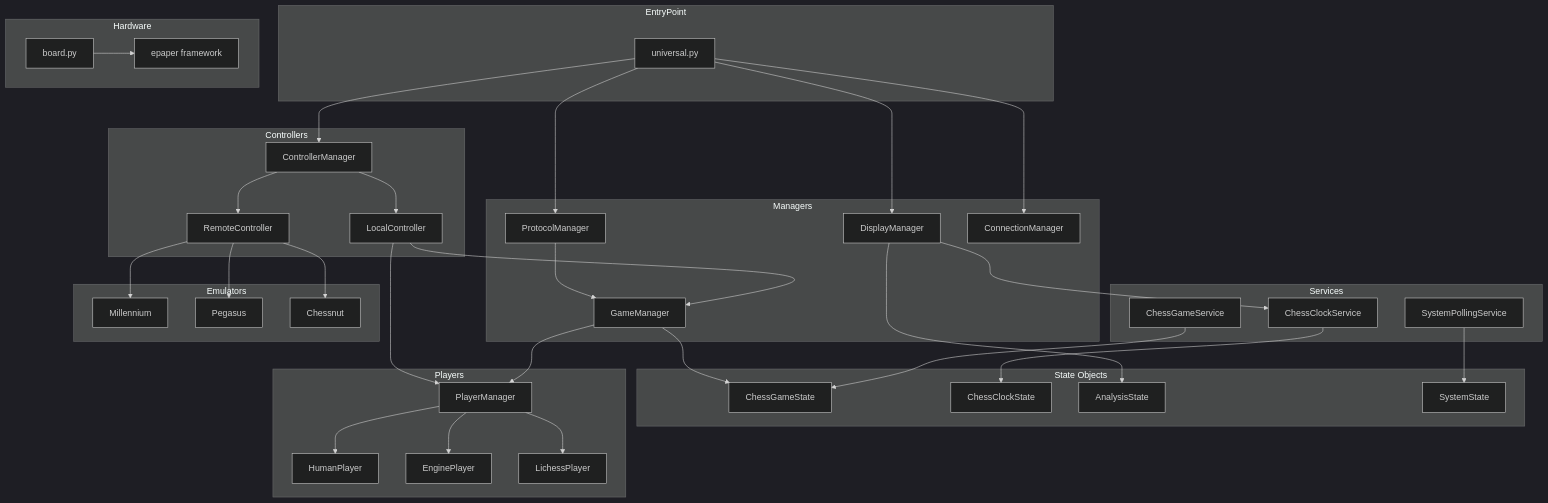
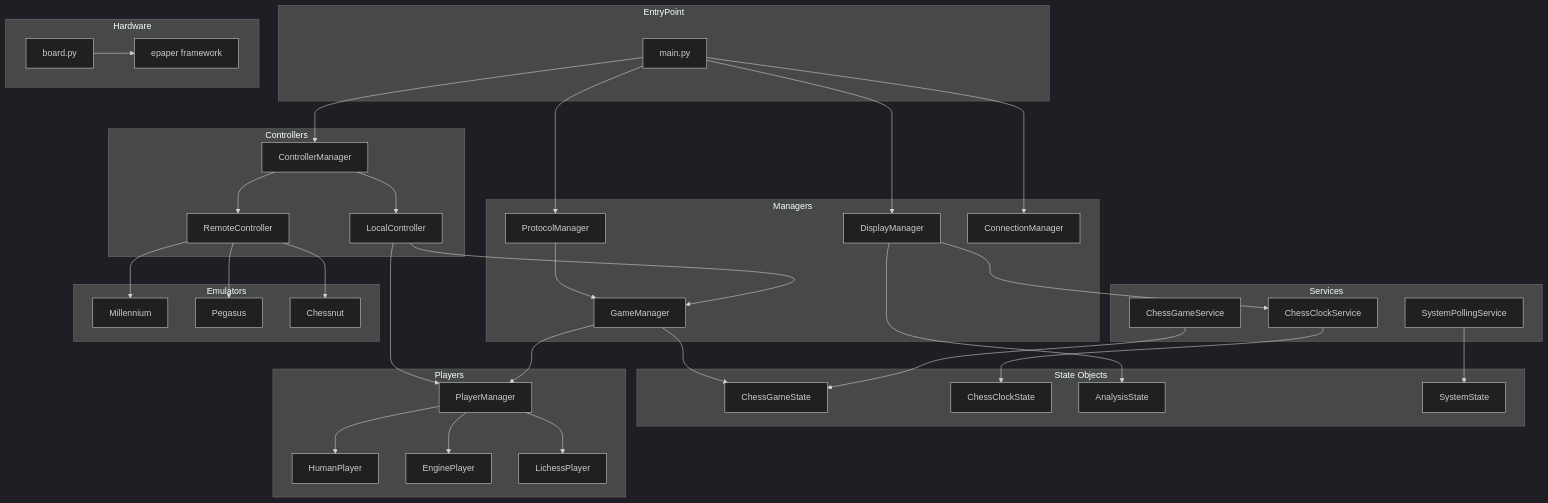
The seventh of 10 diagrams in docs/architecture.md (adrian-dybwad/DGTCentaurMods), drawn with Mermaid (dark theme) before and after one commit. The commit also changed other lines of this file and 14 other files, not shown here.

````diff
--- a/docs/architecture.md
+++ b/docs/architecture.md
@@ -233,80 +233,80 @@
 ```mermaid
 flowchart TD
     subgraph EntryPoint
-        MAIN[universal.py]
+        MAIN[main.py]
     end
     
     subgraph Managers
         PM[ProtocolManager]
         GM[GameManager]
         DM[DisplayManager]
         CONN[ConnectionManager]
     end
     
     subgraph Controllers
         CM[ControllerManager]
         LC[LocalController]
         RC[RemoteController]
     end
     
     subgraph State["State Objects"]
         CGS[ChessGameState]
         CCS[ChessClockState]
         AS[AnalysisState]
         SS[SystemState]
     end
     
     subgraph Services
         CCSC[ChessClockService]
         SPS[SystemPollingService]
         CGSvc[ChessGameService]
     end
     
     subgraph Players
         HP[HumanPlayer]
         EP[EnginePlayer]
         LP[LichessPlayer]
         PMgr[PlayerManager]
     end
     
     subgraph Emulators
         MIL[Millennium]
         PEG[Pegasus]
         CN[Chessnut]
     end
     
     subgraph Hardware
         BOARD[board.py]
         EPAPER[epaper framework]
     end
     
     MAIN --> PM
     MAIN --> DM
     MAIN --> CM
     MAIN --> CONN
     
     PM --> GM
     CM --> LC
     CM --> RC
     
     LC --> GM
     LC --> PMgr
     RC --> MIL
     RC --> PEG
     RC --> CN
     
     GM --> CGS
     GM --> PMgr
     
     PMgr --> HP
     PMgr --> EP
     PMgr --> LP
     
     DM --> CCSC
     DM --> AS
     CCSC --> CCS
     SPS --> SS
     CGSvc --> CGS
     
     BOARD --> EPAPER
 ```
````
